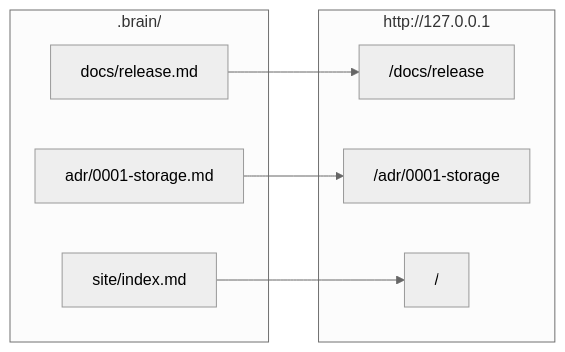
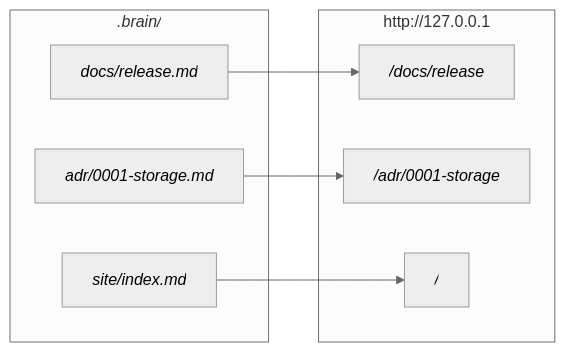
One commit to arminzou/dotbrain changed the diagram in docs/brain-site.md. Above: the diagram before and after it, drawn with Mermaid (neutral theme). The commit also changed other lines of this file and 19 other files, not shown here.

First line of the commit message:
docs(site): polish diagrams and record a shared Mermaid style

````diff
--- a/docs/brain-site.md
+++ b/docs/brain-site.md
@@ -29,16 +29,17 @@
 ```mermaid
 flowchart LR
-  subgraph Brain[".brain/"]
-    a["docs/release.md"]
-    b["adr/0001-storage.md"]
-    c["site/index.md"]
+  accTitle: Brain files and the site pages they become
+  subgraph Brain["`*.brain/*`"]
+    a["`*docs/release.md*`"]
+    b["`*adr/0001-storage.md*`"]
+    c["`*site/index.md*`"]
   end
   subgraph Site["http://127.0.0.1"]
-    a2["/docs/release"]
-    b2["/adr/0001-storage"]
-    c2["/"]
+    a2["`*/docs/release*`"]
+    b2["`*/adr/0001-storage*`"]
+    c2["`*/*`"]
   end
   a --> a2
   b --> b2
   c --> c2
 ```
````
